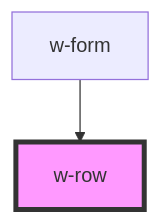
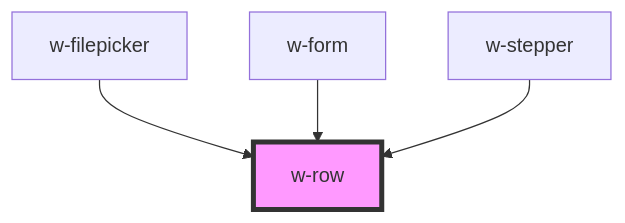
The diagram in src/components/w-row/readme.md (theUrbans/uniform), drawn with Mermaid before and after one commit. The commit also changed other lines of this file and 6 other files, not shown here.

````diff
--- a/src/components/w-row/readme.md
+++ b/src/components/w-row/readme.md
@@ -26,5 +28,7 @@
 ```mermaid
 graph TD;
+  w-filepicker --> w-row
   w-form --> w-row
+  w-stepper --> w-row
   style w-row fill:#f9f,stroke:#333,stroke-width:4px
 ```
````
